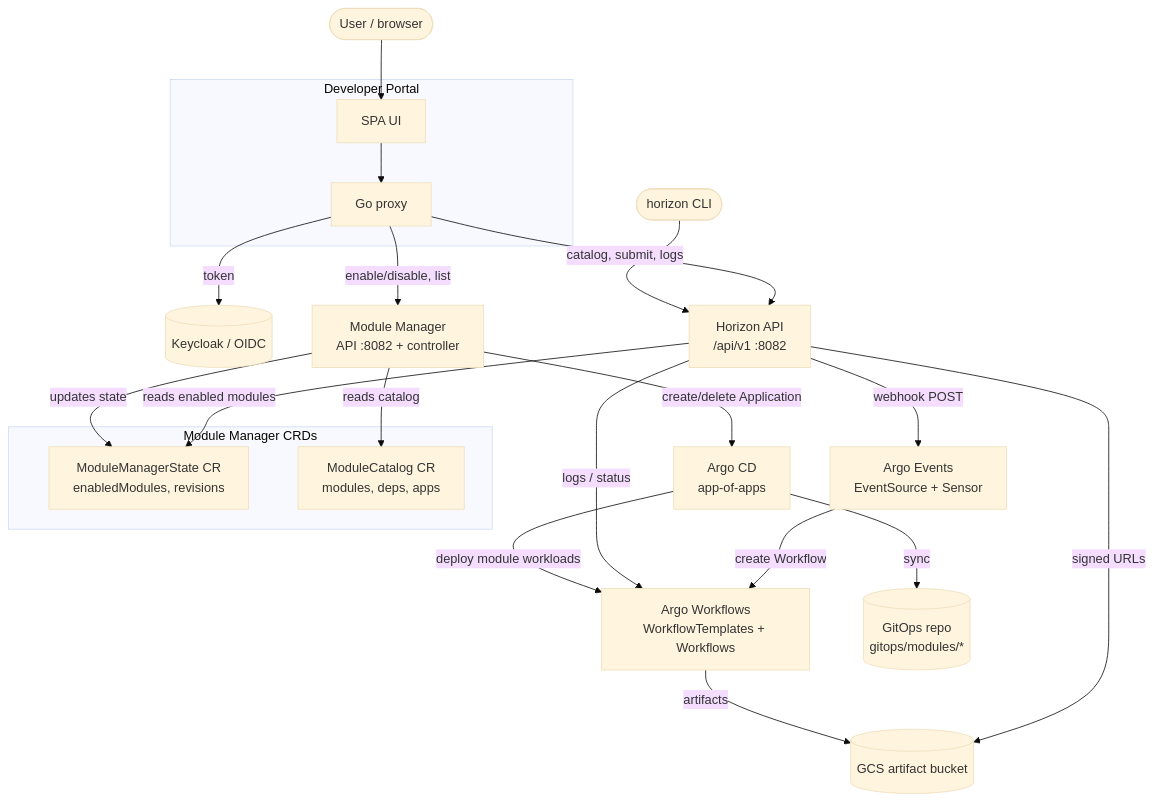
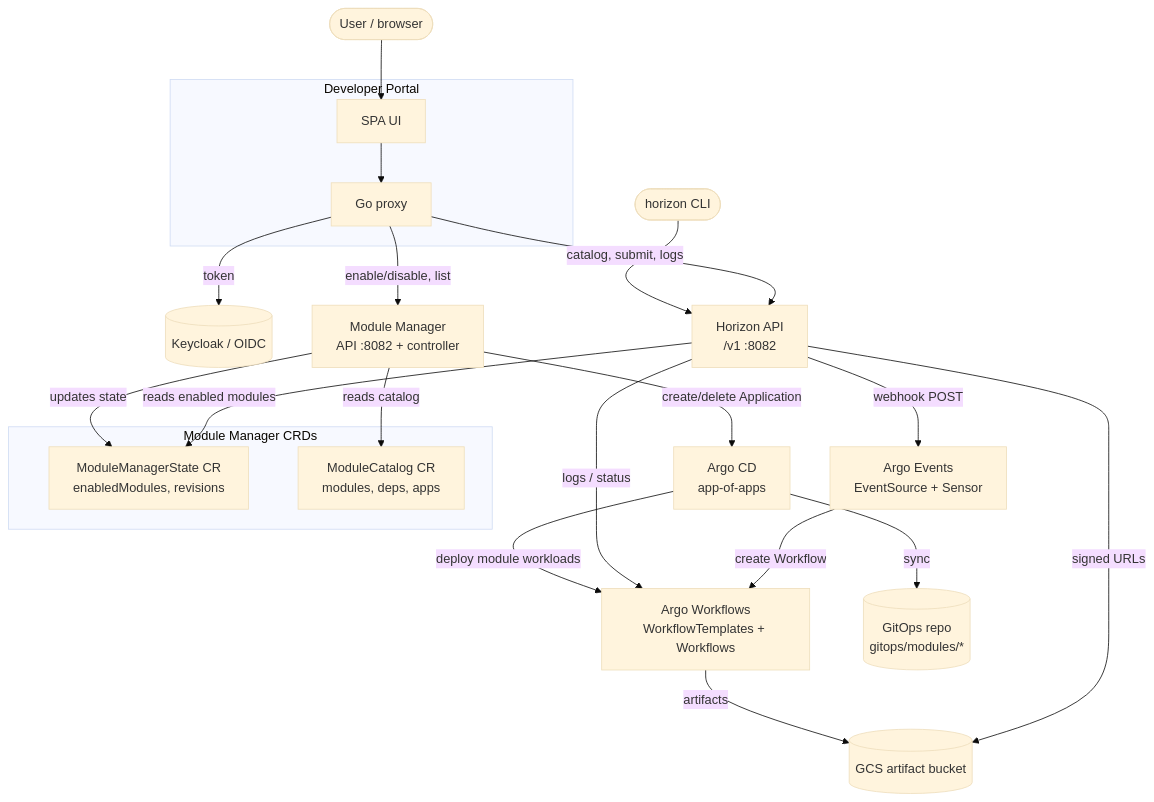
The first of 6 diagrams in docs/architecture/04_module-architecture.md (GoogleCloudPlatform/horizon-sdv), drawn with Mermaid (base theme) before and after one commit. The commit also changed other lines of this file and 5 other files, not shown here.

````diff
--- a/docs/architecture/04_module-architecture.md
+++ b/docs/architecture/04_module-architecture.md
@@ -42,37 +42,37 @@
 ```mermaid
 flowchart TB
     user([User / browser])
     cli([horizon CLI])
     subgraph portal[Developer Portal]
         spa[SPA UI] --> proxy[Go proxy]
     end
     keycloak[(Keycloak / OIDC)]
-    api["Horizon API<br/>/api/v1 :8082"]
+    api["Horizon API<br/>/v1 :8082"]
     mm["Module Manager<br/>API :8082 + controller"]
     subgraph crds[Module Manager CRDs]
         state["ModuleManagerState CR<br/>enabledModules, revisions"]
         catalog["ModuleCatalog CR<br/>modules, deps, apps"]
     end
     events["Argo Events<br/>EventSource + Sensor"]
     wf["Argo Workflows<br/>WorkflowTemplates + Workflows"]
     argocd["Argo CD<br/>app-of-apps"]
     git[("GitOps repo<br/>gitops/modules/*")]
     gcs[(GCS artifact bucket)]
 
     user --> spa
     proxy -- token --> keycloak
     proxy -- "catalog, submit, logs" --> api
     cli --> api
     proxy -- "enable/disable, list" --> mm
     api -- "reads enabled modules" --> state
     api -- "webhook POST" --> events
     events -- "create Workflow" --> wf
     api -- "logs / status" --> wf
     api -- "signed URLs" --> gcs
     wf -- artifacts --> gcs
     mm -- "updates state" --> state
     mm -- "reads catalog" --> catalog
     mm -- "create/delete Application" --> argocd
     argocd -- sync --> git
     argocd -- "deploy module workloads" --> wf
 ```
````
